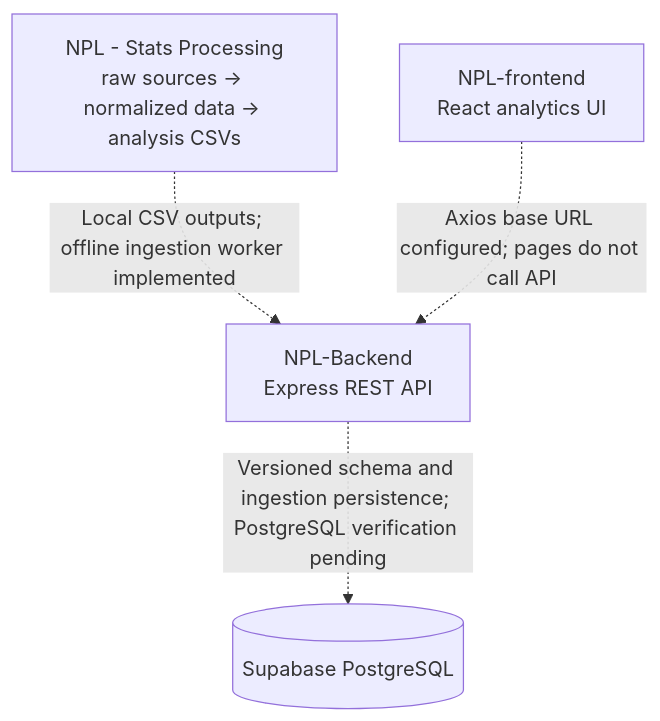
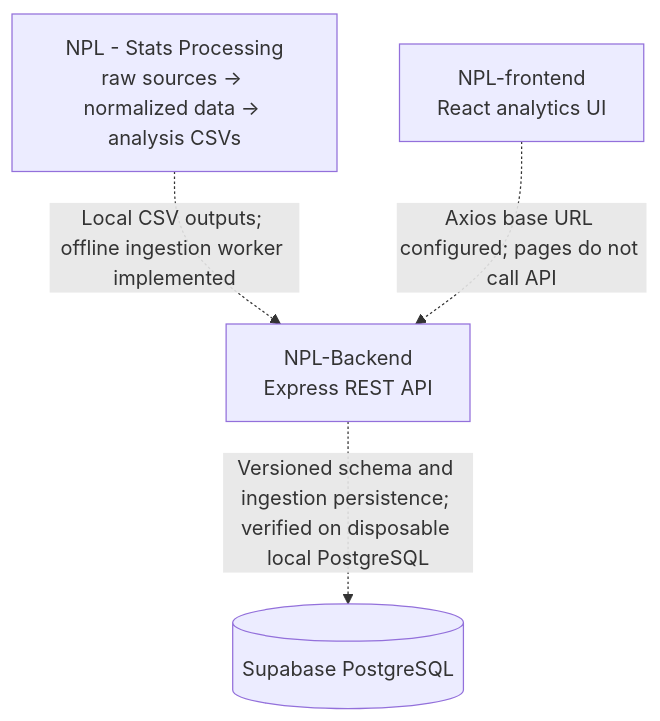
The diagram in README.md (diwashpandey1/NPL-insights), drawn with Mermaid before and after one commit. The commit also changed other lines of this file and 8 other files, not shown here.

````diff
--- a/README.md
+++ b/README.md
@@ -33,11 +33,11 @@
 ```mermaid
 flowchart TD
     P["NPL - Stats Processing<br/>raw sources → normalized data → analysis CSVs"]
     B["NPL-Backend<br/>Express REST API"]
     DB[("Supabase PostgreSQL")]
     F["NPL-frontend<br/>React analytics UI"]
 
     P -. "Local CSV outputs; offline ingestion worker implemented" .-> B
-    B -. "Versioned schema and ingestion persistence; PostgreSQL verification pending" .-> DB
+    B -. "Versioned schema and ingestion persistence; verified on disposable local PostgreSQL" .-> DB
     F -. "Axios base URL configured; pages do not call API" .-> B
 ```
````
